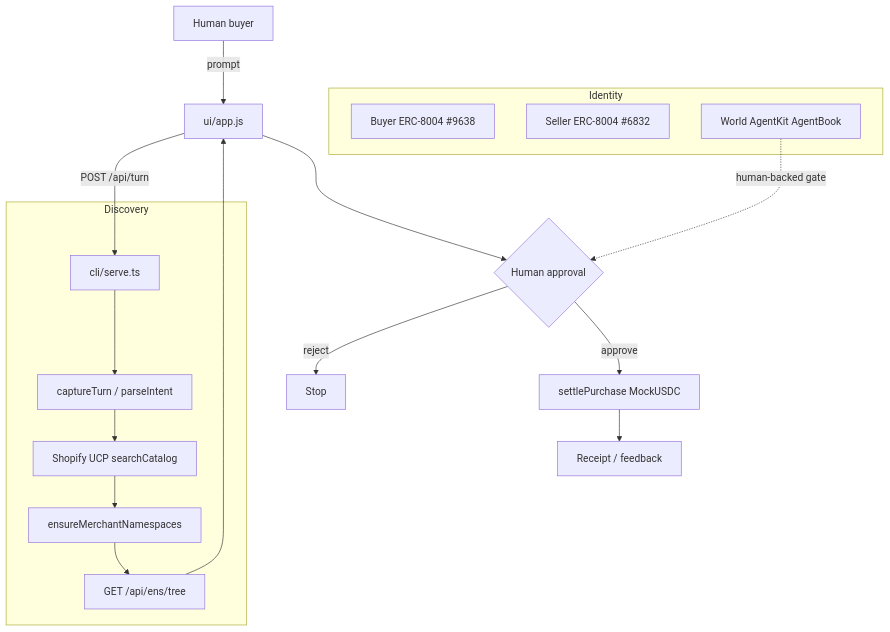
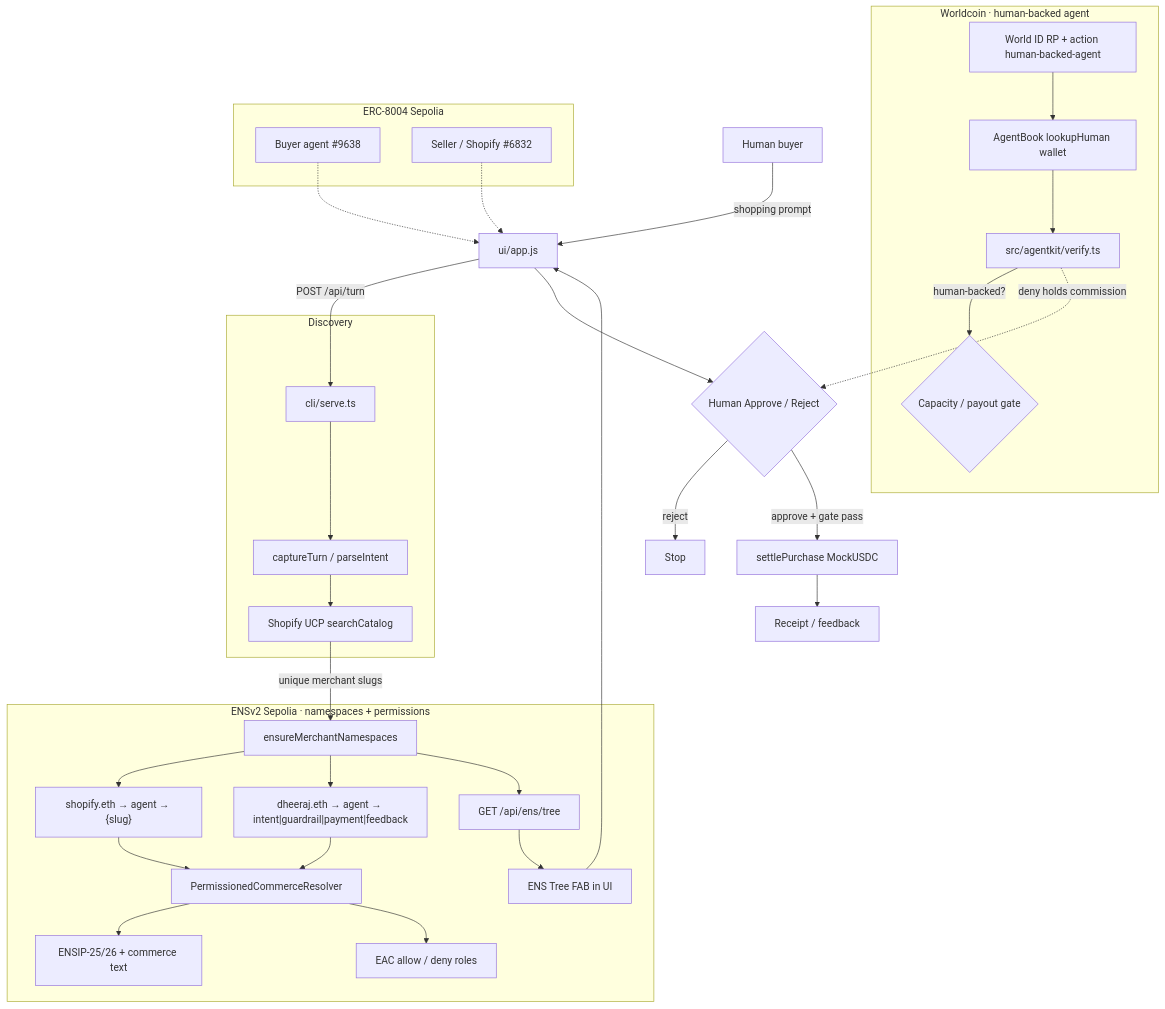
Before and after one commit to dhru7777/ethonline-worldcommerce: the diagram in README.md, drawn with Mermaid. The commit also changed other lines of this file and 9 other files, not shown here.

First line of the commit message:
Polish ENS Tree demo, on-chain ERC-8004 feedback, and product feedback docs.

````diff
--- a/README.md
+++ b/README.md
@@ -64,26 +59,43 @@
 ```mermaid
 flowchart TD
-  Human[Human buyer] -->|prompt| UI[ui/app.js]
+  Human[Human buyer] -->|shopping prompt| UI[ui/app.js]
   UI -->|POST /api/turn| Server[cli/serve.ts]
 
-  subgraph Discovery
+  subgraph Discovery[Discovery]
     Server --> Intent[captureTurn / parseIntent]
     Intent --> UCP[Shopify UCP searchCatalog]
-    UCP --> ENS[ensureMerchantNamespaces]
-    ENS --> Tree[GET /api/ens/tree]
   end
 
-  Tree --> UI
-  UI --> Approval{Human approval}
-  Approval -->|reject| Stop[Stop]
-  Approval -->|approve| Pay[settlePurchase MockUSDC]
-
-  subgraph Identity
-    Buyer8004[Buyer ERC-8004 #9638]
-    Seller8004[Seller ERC-8004 #6832]
-    AgentKit[World AgentKit AgentBook]
+  subgraph ENS[ENSv2 Sepolia · namespaces + permissions]
+    UCP -->|unique merchant slugs| Ensure[ensureMerchantNamespaces]
+    Ensure --> SellerTree["shopify.eth → agent → {slug}"]
+    Ensure --> BuyerTree["dheeraj.eth → agent → intent|guardrail|payment|feedback"]
+    SellerTree --> Resolver[PermissionedCommerceResolver]
+    BuyerTree --> Resolver
+    Resolver --> Records[ENSIP-25/26 + commerce text]
+    Resolver --> EAC[EAC allow / deny roles]
+    Ensure --> TreeAPI[GET /api/ens/tree]
+    TreeAPI --> Fab[ENS Tree FAB in UI]
   end
 
+  subgraph World[Worldcoin · human-backed agent]
+    WorldID[World ID RP + action human-backed-agent]
+    WorldID --> AgentBook[AgentBook lookupHuman wallet]
+    AgentBook --> Verify[src/agentkit/verify.ts]
+    Verify -->|human-backed?| Gate{Capacity / payout gate}
+  end
+
+  subgraph Identity8004[ERC-8004 Sepolia]
+    Buyer8004[Buyer agent #9638]
+    Seller8004[Seller / Shopify #6832]
+  end
+
+  Fab --> UI
+  Buyer8004 -.-> UI
+  Seller8004 -.-> UI
+  UI --> Approval{Human Approve / Reject}
+  Verify -.->|deny holds commission| Approval
+  Approval -->|reject| Stop[Stop]
+  Approval -->|approve + gate pass| Pay[settlePurchase MockUSDC]
   Pay --> Receipt[Receipt / feedback]
-  AgentKit -.->|human-backed gate| Approval
 ```
````
